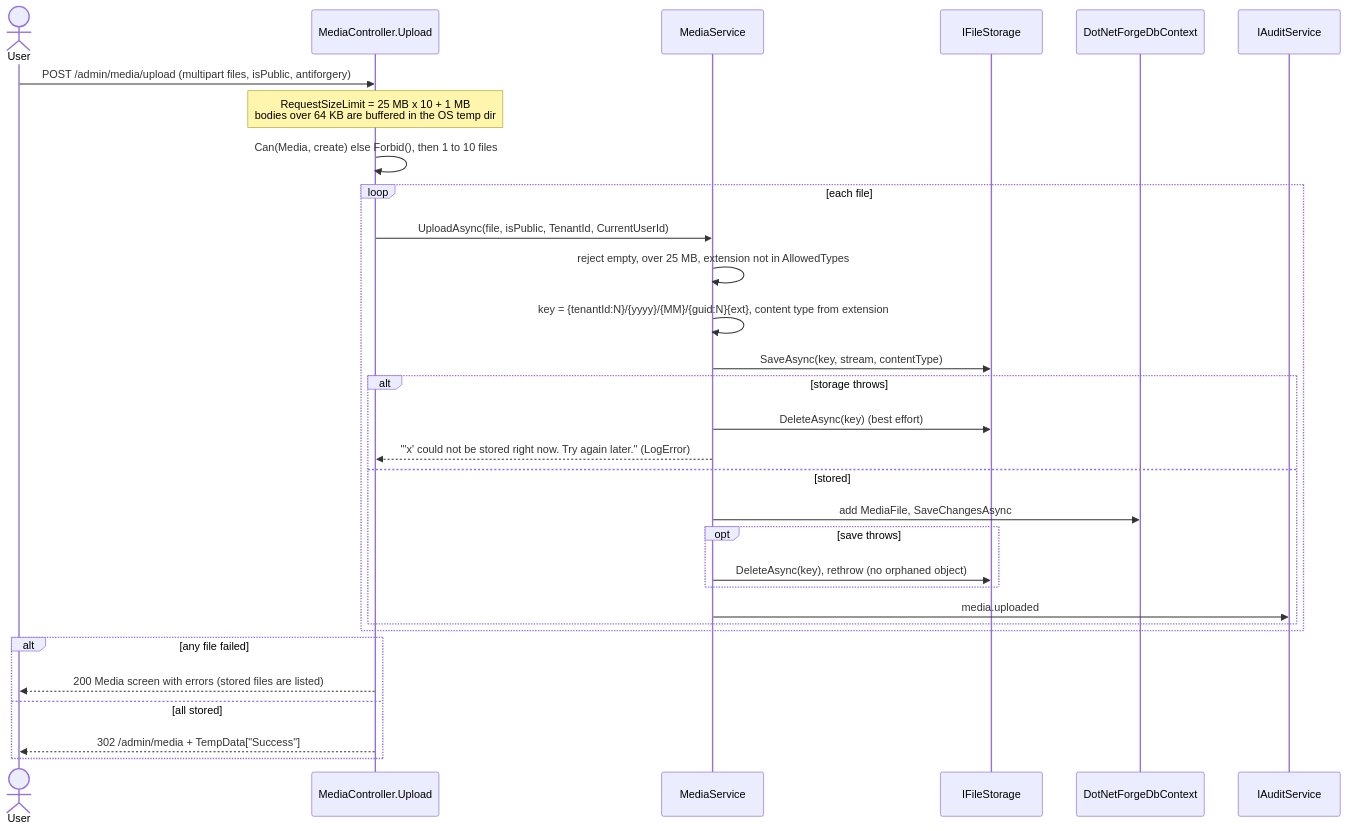
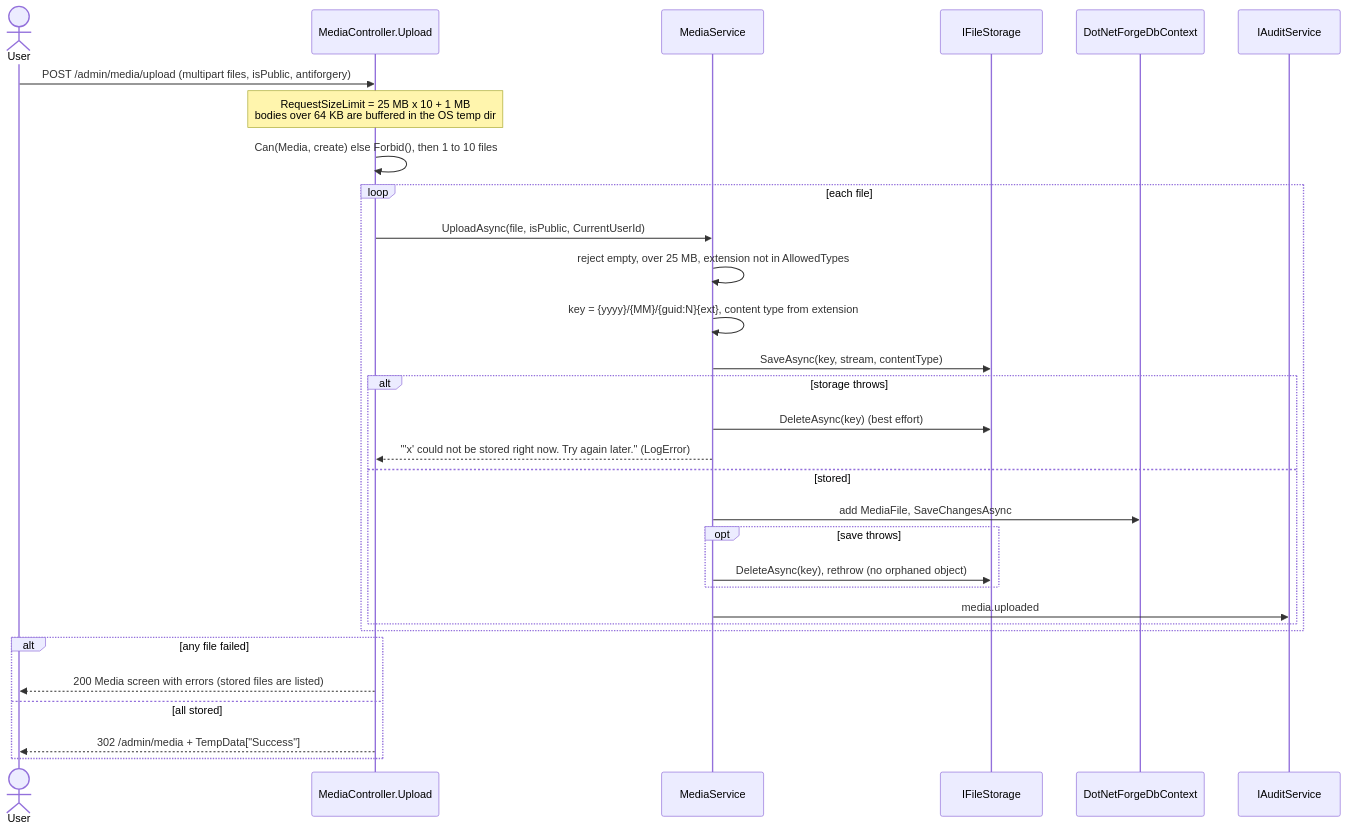
One commit to Albadit/DotNetForge changed the ninth of 12 diagrams in .docs/architecture/data-flow.md. Above: the diagram before and after it, drawn with Mermaid. The commit also changed other lines of this file and 306 other files, not shown here.

````diff
--- a/.docs/architecture/data-flow.md
+++ b/.docs/architecture/data-flow.md
@@ -339,33 +347,33 @@
 ```mermaid
 sequenceDiagram
     actor User
     participant MC as MediaController.Upload
     participant MS as MediaService
     participant FS as IFileStorage
     participant DB as DotNetForgeDbContext
     participant Aud as IAuditService
     User->>MC: POST /admin/media/upload (multipart files, isPublic, antiforgery)
     Note over MC: RequestSizeLimit = 25 MB x 10 + 1 MB<br/>bodies over 64 KB are buffered in the OS temp dir
     MC->>MC: Can(Media, create) else Forbid(), then 1 to 10 files
     loop each file
-        MC->>MS: UploadAsync(file, isPublic, TenantId, CurrentUserId)
+        MC->>MS: UploadAsync(file, isPublic, CurrentUserId)
         MS->>MS: reject empty, over 25 MB, extension not in AllowedTypes
-        MS->>MS: key = {tenantId:N}/{yyyy}/{MM}/{guid:N}{ext}, content type from extension
+        MS->>MS: key = {yyyy}/{MM}/{guid:N}{ext}, content type from extension
         MS->>FS: SaveAsync(key, stream, contentType)
         alt storage throws
             MS->>FS: DeleteAsync(key) (best effort)
             MS-->>MC: "'x' could not be stored right now. Try again later." (LogError)
         else stored
             MS->>DB: add MediaFile, SaveChangesAsync
             opt save throws
                 MS->>FS: DeleteAsync(key), rethrow (no orphaned object)
             end
             MS->>Aud: media.uploaded
         end
     end
     alt any file failed
         MC-->>User: 200 Media screen with errors (stored files are listed)
     else all stored
         MC-->>User: 302 /admin/media + TempData["Success"]
     end
 ```
````
